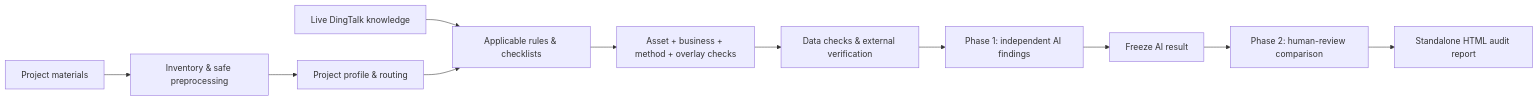
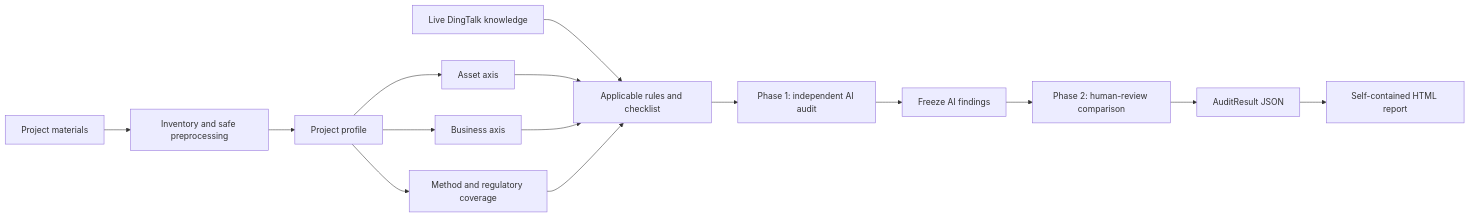
One commit to mmungdong/crwu-ai changed the second of 3 diagrams in README.md. Above: the diagram before and after it, drawn with Mermaid. The commit also changed other lines of this file and 1 other file, not shown here.

Commit message:
docs: refresh project readmes

````diff
--- a/README.md
+++ b/README.md
@@ -116,13 +184,17 @@
 ```mermaid
 flowchart LR
-    A[Project materials] --> B[Inventory & safe preprocessing]
-    B --> C[Project profile & routing]
-    K[Live DingTalk knowledge] --> D[Applicable rules & checklists]
-    C --> D
-    D --> E[Asset + business + method + overlay checks]
-    E --> F[Data checks & external verification]
-    F --> G[Phase 1: independent AI findings]
-    G --> H[Freeze AI result]
-    H --> I[Phase 2: human-review comparison]
-    I --> J[Standalone HTML audit report]
+    A[Project materials] --> B[Inventory and safe preprocessing]
+    B --> C[Project profile]
+    C --> D[Asset axis]
+    C --> E[Business axis]
+    C --> F[Method and regulatory coverage]
+    K[Live DingTalk knowledge] --> G[Applicable rules and checklist]
+    D --> G
+    E --> G
+    F --> G
+    G --> H[Phase 1: independent AI audit]
+    H --> I[Freeze AI findings]
+    I --> J[Phase 2: human-review comparison]
+    J --> L[AuditResult JSON]
+    L --> M[Self-contained HTML report]
 ```
````
